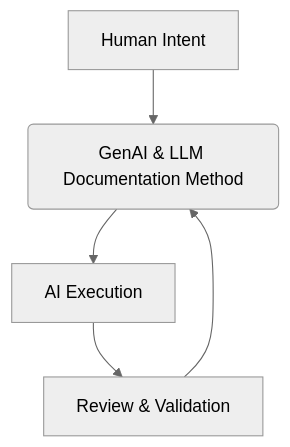
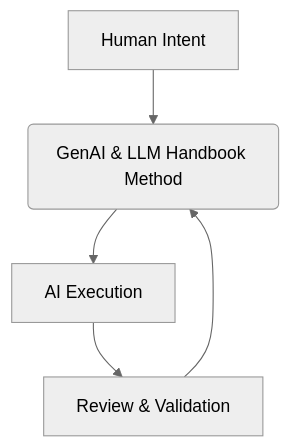
The diagram in docs/00-handbook-introduction/how-to-use-this-repo.md (pruning-my-pothos/gen-ai-llm-docs), drawn with Mermaid (neutral theme) before and after one commit. The commit also changed other lines of this file and 54 other files, not shown here.

````diff
--- a/docs/00-handbook-introduction/how-to-use-this-repo.md
+++ b/docs/00-handbook-introduction/how-to-use-this-repo.md
@@ -79,7 +79,7 @@
 ```mermaid
 graph TD
-    A[Human Intent] --> B(GenAI & LLM Documentation Method)
+    A[Human Intent] --> B(GenAI & LLM Handbook Method)
     B --> C[AI Execution]
     C --> D[Review & Validation]
     D --> B
 ```
````
